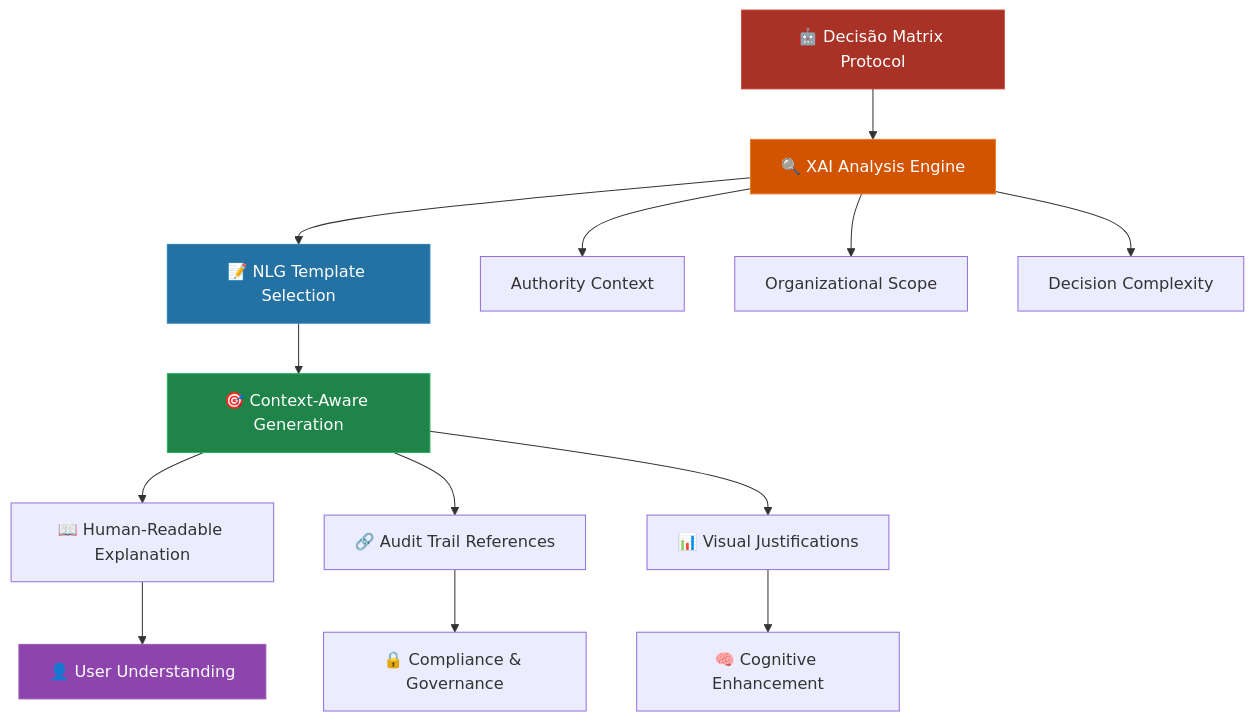
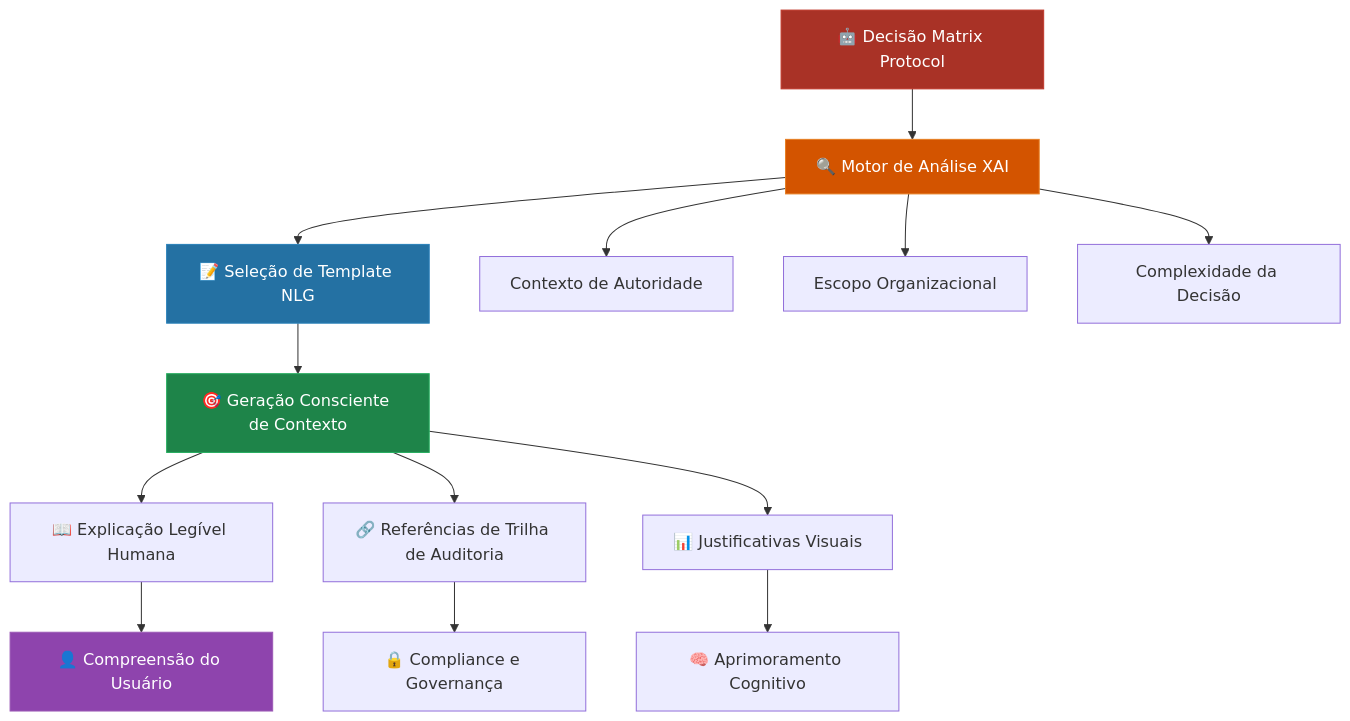
One commit to casheiro/matrix-protocol changed the first of 4 diagrams in content/pt/docs/manual/tools/explainability.md. Above: the diagram before and after it, drawn with Mermaid. The commit also changed 5 other files, not shown here.

````diff
--- a/content/pt/docs/manual/tools/explainability.md
+++ b/content/pt/docs/manual/tools/explainability.md
@@ -38,25 +38,25 @@
 ```mermaid
 graph TD
-    A[🤖 Decisão Matrix Protocol] --> B[🔍 XAI Analysis Engine]
-    B --> C[📝 NLG Template Selection]
-    C --> D[🎯 Context-Aware Generation]
+    A[🤖 Decisão Matrix Protocol] --> B[🔍 Motor de Análise XAI]
+    B --> C[📝 Seleção de Template NLG]
+    C --> D[🎯 Geração Consciente de Contexto]
     
-    B --> B1[Authority Context]
-    B --> B2[Organizational Scope]
-    B --> B3[Decision Complexity]
+    B --> B1[Contexto de Autoridade]
+    B --> B2[Escopo Organizacional]
+    B --> B3[Complexidade da Decisão]
     
-    D --> E[📖 Human-Readable Explanation]
-    D --> F[🔗 Audit Trail References]
-    D --> G[📊 Visual Justifications]
+    D --> E[📖 Explicação Legível Humana]
+    D --> F[🔗 Referências de Trilha de Auditoria]
+    D --> G[📊 Justificativas Visuais]
     
-    E --> H[👤 User Understanding]
-    F --> I[🔒 Compliance & Governance]
-    G --> J[🧠 Cognitive Enhancement]
+    E --> H[👤 Compreensão do Usuário]
+    F --> I[🔒 Compliance e Governança]
+    G --> J[🧠 Aprimoramento Cognitivo]
     
     %% Arquitetura de explicabilidade - Fluxo funcional
     style A fill:#A93226,stroke:#C0392B,color:#fff
     style B fill:#D35400,stroke:#E67E22,color:#fff
     style C fill:#2471A3,stroke:#2980B9,color:#fff
     style D fill:#1E8449,stroke:#27AE60,color:#fff
     style H fill:#8E44AD,stroke:#9B59B6,color:#fff
 ```
````
